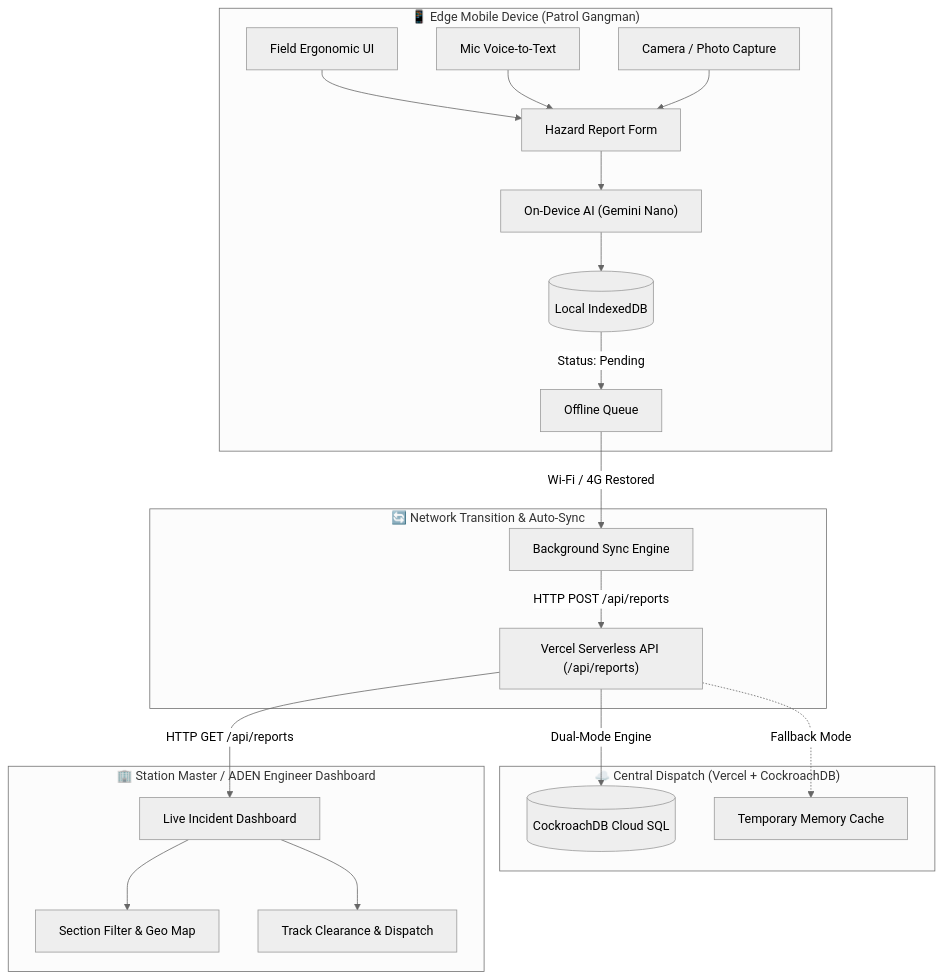
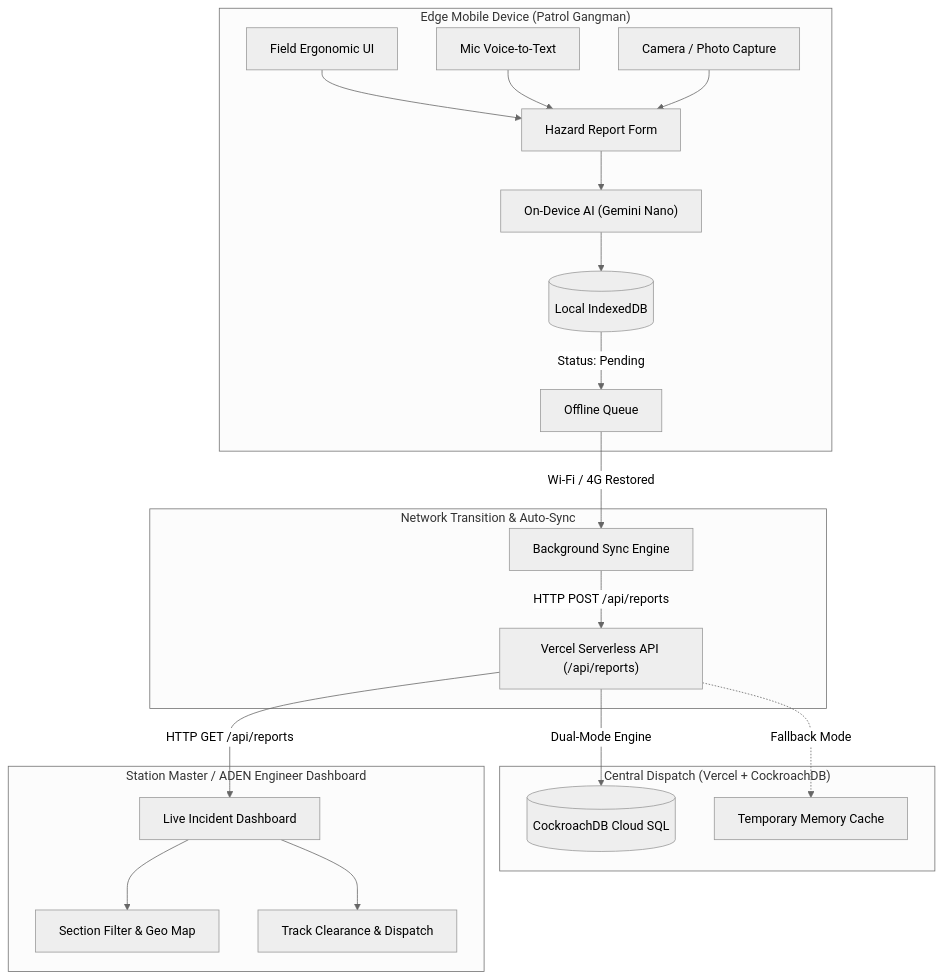
Before and after one commit to GitSuman0699/code-for-communities-toy-train-edition: the diagram in README.md, drawn with Mermaid (neutral theme). The commit also changed other lines of this file, not shown here.

````diff
--- a/README.md
+++ b/README.md
@@ -83,28 +80,28 @@
 ```mermaid
 flowchart TD
-    subgraph EdgeDevice ["📱 Edge Mobile Device (Patrol Gangman)"]
+    subgraph EdgeDevice ["Edge Mobile Device (Patrol Gangman)"]
         UI["Field Ergonomic UI"] --> Form["Hazard Report Form"]
         Voice["Mic Voice-to-Text"] --> Form
         Cam["Camera / Photo Capture"] --> Form
         Form --> AI["On-Device AI (Gemini Nano)"]
         AI --> IDB[("Local IndexedDB")]
         IDB -->|"Status: Pending"| OfflineQueue["Offline Queue"]
     end
 
-    subgraph SyncLayer ["🔄 Network Transition & Auto-Sync"]
+    subgraph SyncLayer ["Network Transition & Auto-Sync"]
         OfflineQueue -->|"Wi-Fi / 4G Restored"| BGSync["Background Sync Engine"]
         BGSync -->|"HTTP POST /api/reports"| VercelAPI
     end
 
-    subgraph CloudDispatch ["☁️ Central Dispatch (Vercel + CockroachDB)"]
+    subgraph CloudDispatch ["Central Dispatch (Vercel + CockroachDB)"]
         VercelAPI["Vercel Serverless API (/api/reports)"]
         VercelAPI -->|"Dual-Mode Engine"| CockroachDB[("CockroachDB Cloud SQL")]
         VercelAPI -.->|"Fallback Mode"| LocalCache["Temporary Memory Cache"]
     end
 
-    subgraph StationView ["🏢 Station Master / ADEN Engineer Dashboard"]
+    subgraph StationView ["Station Master / ADEN Engineer Dashboard"]
         VercelAPI -->|"HTTP GET /api/reports"| StationDash["Live Incident Dashboard"]
         StationDash --> Filter["Section Filter & Geo Map"]
         StationDash --> Action["Track Clearance & Dispatch"]
     end
 ```
````
